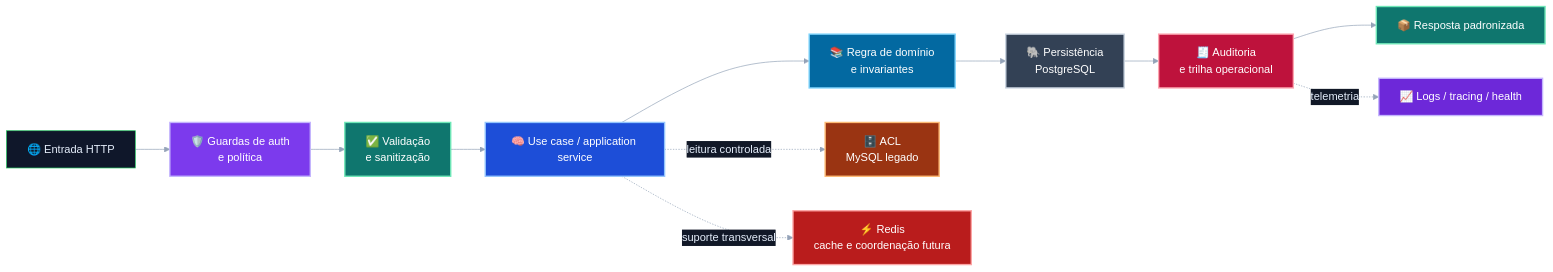
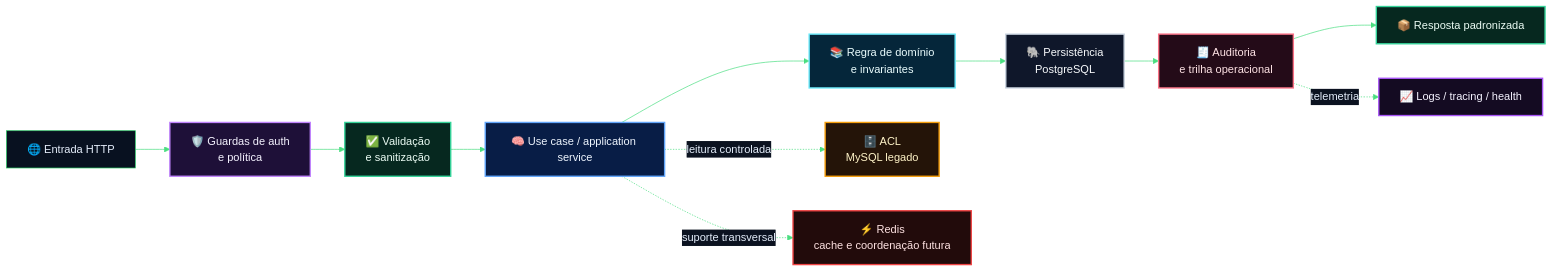
Before and after one commit to matheusdiamantino-betalent/IA: the fifth of 9 diagrams in README.md, drawn with Mermaid. The commit also changed other lines of this file, not shown here.

````diff
--- a/README.md
+++ b/README.md
@@ -717,46 +752,39 @@
 ```mermaid
-%%{init: {
-  "theme": "base",
-  "themeVariables": {
-    "background": "#07111d",
-    "primaryColor": "#0f172a",
-    "primaryTextColor": "#e5eefb",
-    "primaryBorderColor": "#22c55e",
-    "secondaryColor": "#111827",
-    "secondaryTextColor": "#e5eefb",
-    "tertiaryColor": "#0b1220",
-    "tertiaryTextColor": "#e5eefb",
-    "lineColor": "#94a3b8"
-  }
-}}%%
+%%{init: {'theme':'base','themeVariables': {
+  'background':'#020617',
+  'primaryColor':'#081120',
+  'primaryTextColor':'#e5eefb',
+  'primaryBorderColor':'#22c55e',
+  'lineColor':'#4ade80',
+  'secondaryColor':'#0b1220',
+  'secondaryTextColor':'#e5eefb',
+  'tertiaryColor':'#111827',
+  'tertiaryTextColor':'#e5eefb',
+  'clusterBkg':'#040816',
+  'clusterBorder':'#22d3ee',
+  'fontFamily':'Inter, Segoe UI, Arial'
+}}}%%
 flowchart LR
-    A["🌐 Entrada HTTP"] --> B["🛡️ Guardas de auth
-e política"]
-    B --> C["✅ Validação
-e sanitização"]
+    A["🌐 Entrada HTTP"] --> B["🛡️ Guardas de auth<br/>e política"]
+    B --> C["✅ Validação<br/>e sanitização"]
     C --> D["🧠 Use case / application service"]
-    D --> E["📚 Regra de domínio
-e invariantes"]
-    E --> F["🐘 Persistência
-PostgreSQL"]
-    F --> G["🧾 Auditoria
-e trilha operacional"]
+    D --> E["📚 Regra de domínio<br/>e invariantes"]
+    E --> F["🐘 Persistência<br/>PostgreSQL"]
+    F --> G["🧾 Auditoria<br/>e trilha operacional"]
     G --> H["📦 Resposta padronizada"]
 
-    D -. leitura controlada .-> I["🗄️ ACL
-MySQL legado"]
-    D -. suporte transversal .-> J["⚡ Redis
-cache e coordenação futura"]
+    D -. leitura controlada .-> I["🗄️ ACL<br/>MySQL legado"]
+    D -. suporte transversal .-> J["⚡ Redis<br/>cache e coordenação futura"]
     G -. telemetria .-> K["📈 Logs / tracing / health"]
 
-    style B fill:#7c3aed,stroke:#c4b5fd,stroke-width:2px,color:#ffffff
-    style C fill:#0f766e,stroke:#6ee7b7,stroke-width:2px,color:#ffffff
-    style D fill:#1d4ed8,stroke:#93c5fd,stroke-width:2px,color:#ffffff
-    style E fill:#0369a1,stroke:#7dd3fc,stroke-width:2px,color:#ffffff
-    style F fill:#334155,stroke:#cbd5e1,stroke-width:2px,color:#ffffff
-    style G fill:#be123c,stroke:#fda4af,stroke-width:2px,color:#ffffff
-    style H fill:#0f766e,stroke:#6ee7b7,stroke-width:2px,color:#ffffff
-    style I fill:#9a3412,stroke:#fdba74,stroke-width:2px,color:#ffffff
-    style J fill:#b91c1c,stroke:#fca5a5,stroke-width:2px,color:#ffffff
-    style K fill:#6d28d9,stroke:#c4b5fd,stroke-width:2px,color:#ffffff
+    style B fill:#1e1038,stroke:#c084fc,stroke-width:2px,color:#f5f3ff
+    style C fill:#06281f,stroke:#34d399,stroke-width:2px,color:#ecfdf5
+    style D fill:#081d46,stroke:#60a5fa,stroke-width:2px,color:#eff6ff
+    style E fill:#05263a,stroke:#67e8f9,stroke-width:2px,color:#ecfeff
+    style F fill:#0f172a,stroke:#cbd5e1,stroke-width:2px,color:#f8fafc
+    style G fill:#240b18,stroke:#fb7185,stroke-width:2px,color:#ffe4e6
+    style H fill:#06281f,stroke:#34d399,stroke-width:2px,color:#ecfdf5
+    style I fill:#241408,stroke:#f59e0b,stroke-width:2px,color:#fef3c7
+    style J fill:#220b0b,stroke:#ef4444,stroke-width:2px,color:#fee2e2
+    style K fill:#140b22,stroke:#a855f7,stroke-width:2px,color:#f5f3ff
 ```
````
